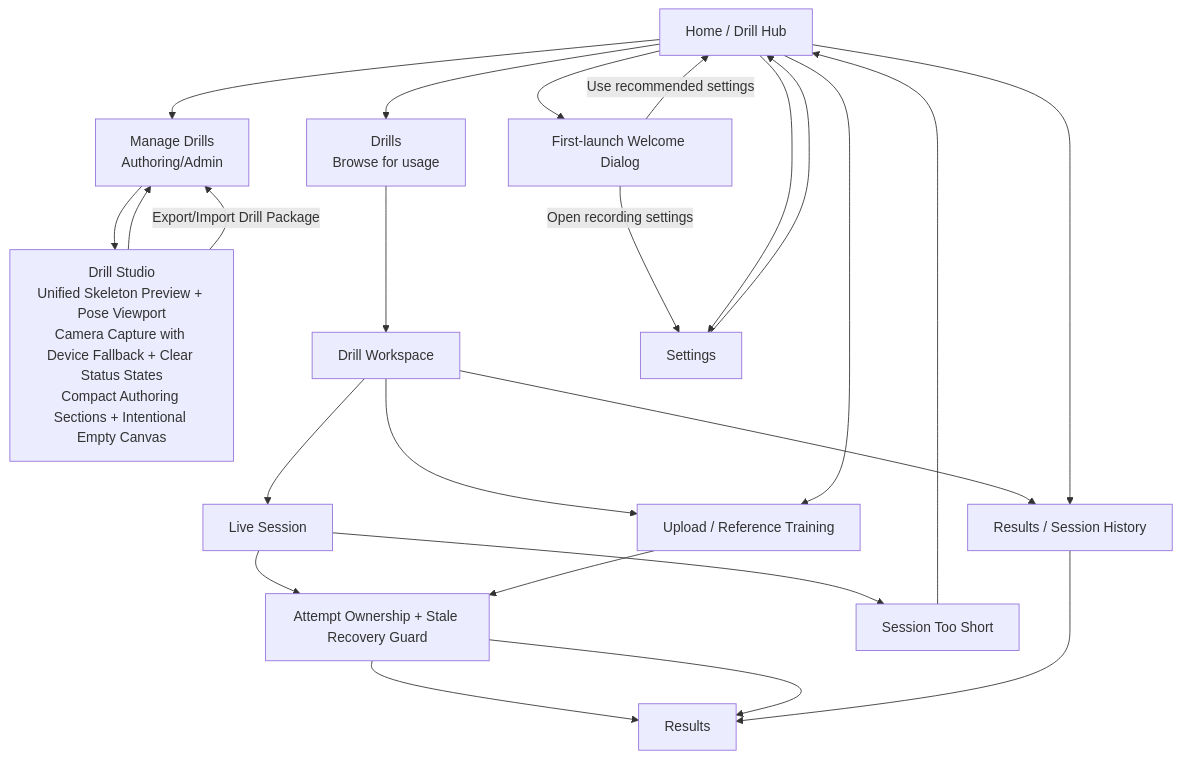
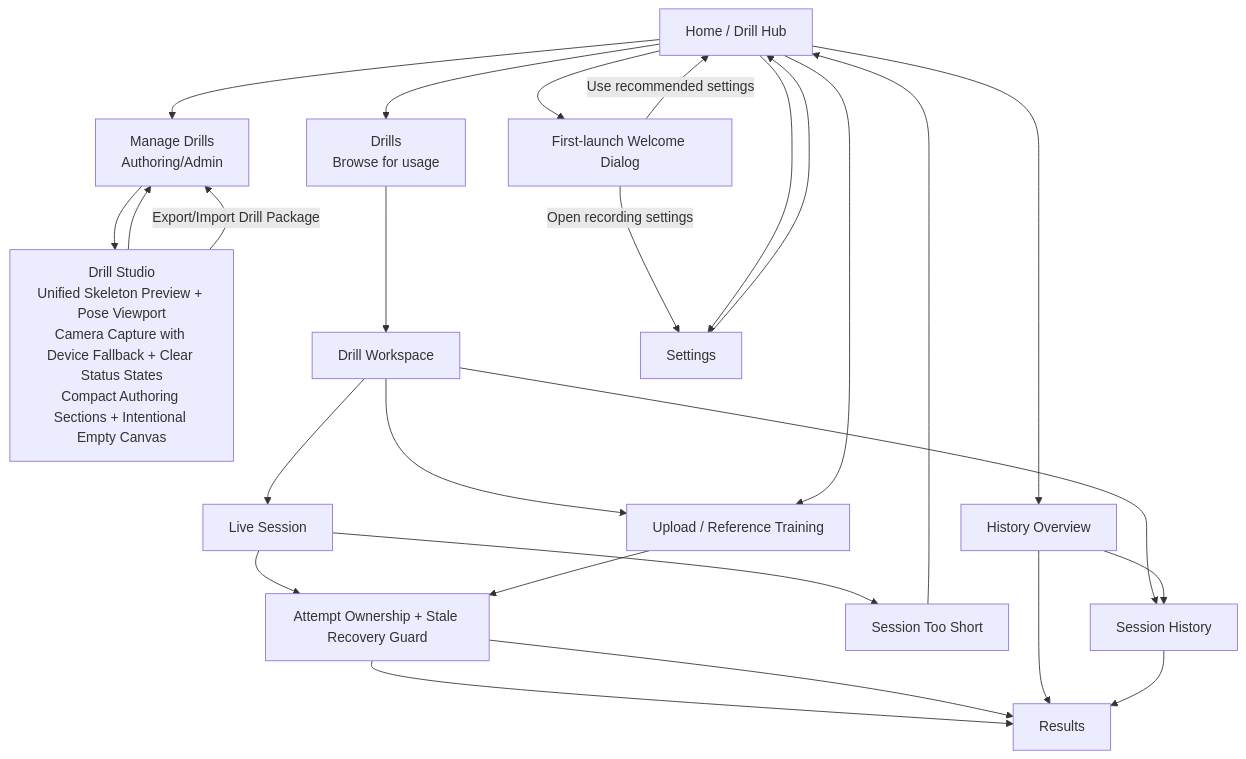
One commit to Voycepeh/Handstand-App changed the diagram in docs/diagrams/ui-flow.md. Above: the diagram before and after it, drawn with Mermaid. The commit also changed 10 other files, not shown here.

````diff
--- a/docs/diagrams/ui-flow.md
+++ b/docs/diagrams/ui-flow.md
@@ -3,38 +3,41 @@
 ```mermaid
 flowchart TD
     HOME[Home / Drill Hub]
     WELCOME[First-launch Welcome Dialog]
     DRILLS[Drills\nBrowse for usage]
     LIVE[Live Session]
     OWNERSHIP[Attempt Ownership + Stale Recovery Guard]
     SHORT[Session Too Short]
     RESULTS[Results]
-    HISTORY[Results / Session History]
+    OVERVIEW[History Overview]
+    HISTORY[Session History]
 
     MANAGE[Manage Drills\nAuthoring/Admin]
     STUDIO[Drill Studio\nUnified Skeleton Preview + Pose Viewport\nCamera Capture with Device Fallback + Clear Status States\nCompact Authoring Sections + Intentional Empty Canvas]
     WORKSPACE[Drill Workspace]
 
     UPLOAD[Upload / Reference Training]
     SETTINGS[Settings]
 
     HOME --> WELCOME
     WELCOME -->|Use recommended settings| HOME
     WELCOME -->|Open recording settings| SETTINGS
 
     HOME --> DRILLS --> WORKSPACE
     WORKSPACE --> LIVE
     LIVE --> OWNERSHIP --> RESULTS
     LIVE --> SHORT --> HOME
 
     HOME --> MANAGE --> STUDIO --> MANAGE
     STUDIO -->|Export/Import Drill Package| MANAGE
     WORKSPACE --> UPLOAD
     WORKSPACE --> HISTORY
 
     HOME --> UPLOAD --> OWNERSHIP --> RESULTS
-    HOME --> HISTORY
+    HOME --> OVERVIEW
+    OVERVIEW --> RESULTS
+    OVERVIEW --> HISTORY
     HISTORY --> RESULTS
 
     HOME --> SETTINGS --> HOME
 ```
````
